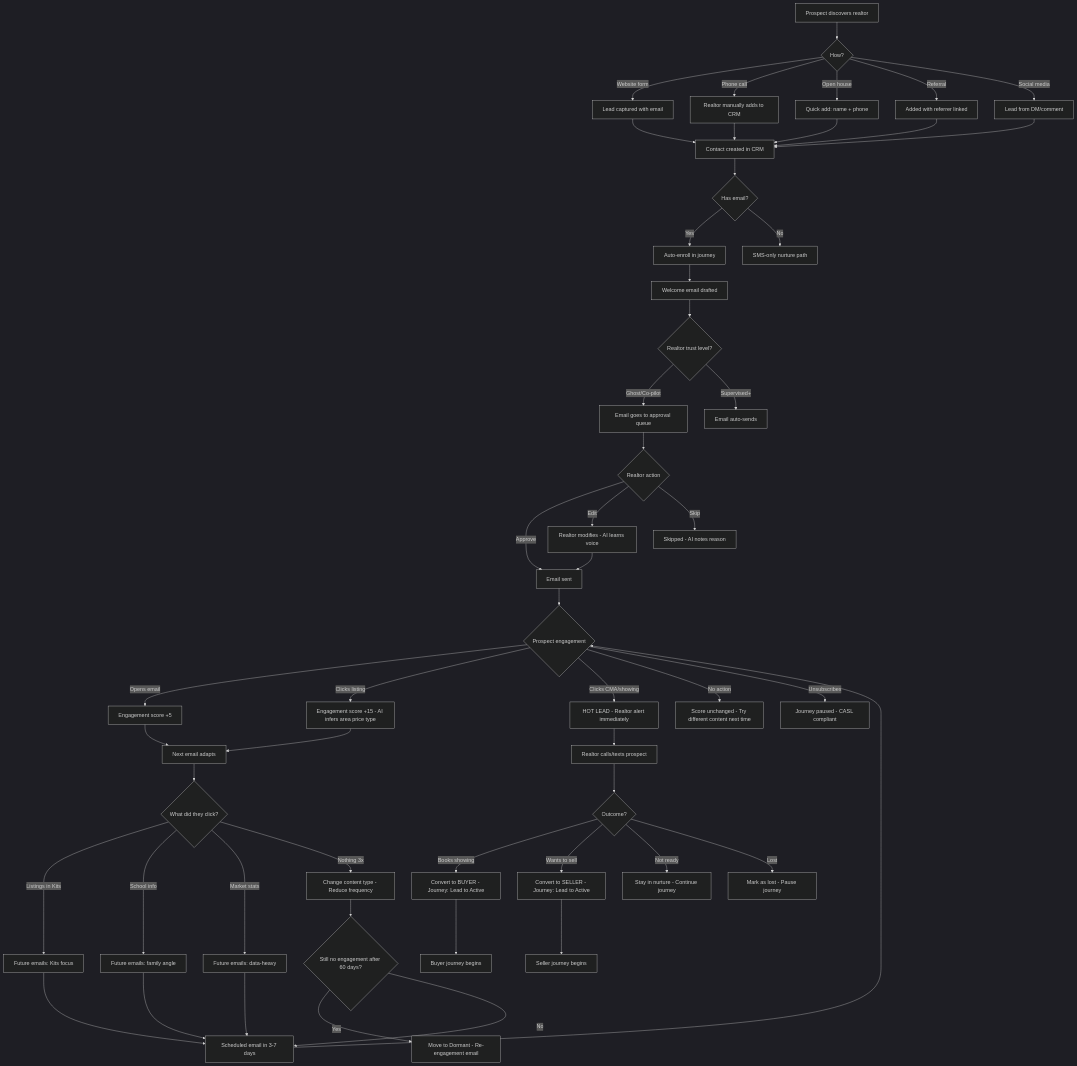
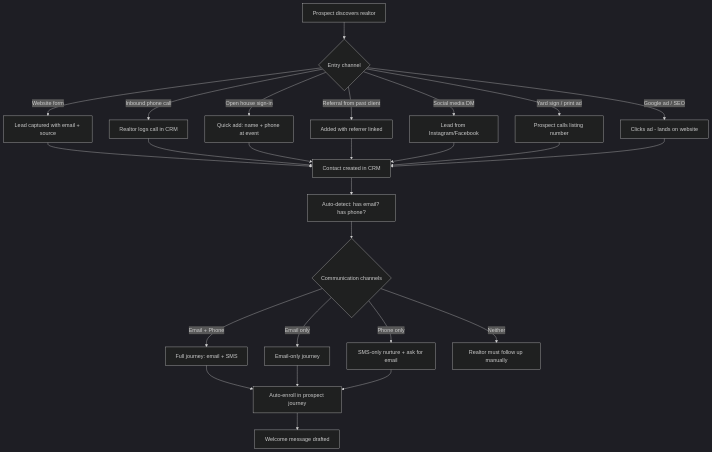
The first of 11 diagrams in docs/user-journeys.md (realtorcrmai/realtorai), drawn with Mermaid (dark theme) before and after one commit. The commit also changed other lines of this file, not shown here.

First line of the commit message:
docs: expand prospect journey with edge cases and click intelligence

````diff
--- a/docs/user-journeys.md
+++ b/docs/user-journeys.md
@@ -14,57 +16,23 @@
 ```mermaid
 flowchart TD
-    A[Prospect discovers realtor] --> B{How?}
-    B -->|Website form| C[Lead captured with email]
-    B -->|Phone call| D[Realtor manually adds to CRM]
-    B -->|Open house| E[Quick add: name + phone]
-    B -->|Referral| F[Added with referrer linked]
-    B -->|Social media| G[Lead from DM/comment]
+    A[Prospect discovers realtor] --> B{Entry channel}
+    B -->|Website form| C[Lead captured with email + source]
+    B -->|Inbound phone call| D[Realtor logs call in CRM]
+    B -->|Open house sign-in| E[Quick add: name + phone at event]
+    B -->|Referral from past client| F[Added with referrer linked]
+    B -->|Social media DM| G[Lead from Instagram/Facebook]
+    B -->|Yard sign / print ad| H[Prospect calls listing number]
+    B -->|Google ad / SEO| I[Clicks ad - lands on website]
 
-    C & D & E & F & G --> H[Contact created in CRM]
+    C & D & E & F & G & H & I --> J[Contact created in CRM]
 
-    H --> I{Has email?}
-    I -->|Yes| J[Auto-enroll in journey]
-    I -->|No| K[SMS-only nurture path]
+    J --> K[Auto-detect: has email? has phone?]
+    K --> L{Communication channels}
+    L -->|Email + Phone| M[Full journey: email + SMS]
+    L -->|Email only| N[Email-only journey]
+    L -->|Phone only| O[SMS-only nurture + ask for email]
+    L -->|Neither| P[Realtor must follow up manually]
 
-    J --> L[Welcome email drafted]
-    L --> M{Realtor trust level?}
-    M -->|Ghost/Co-pilot| N[Email goes to approval queue]
-    M -->|Supervised+| O[Email auto-sends]
-
-    N --> P{Realtor action}
-    P -->|Approve| Q[Email sent]
-    P -->|Edit| R[Realtor modifies - AI learns voice]
-    P -->|Skip| S[Skipped - AI notes reason]
-    R --> Q
-
-    Q --> T{Prospect engagement}
-    T -->|Opens email| U[Engagement score +5]
-    T -->|Clicks listing| V[Engagement score +15 - AI infers area price type]
-    T -->|Clicks CMA/showing| W[HOT LEAD - Realtor alert immediately]
-    T -->|No action| X[Score unchanged - Try different content next time]
-    T -->|Unsubscribes| Y[Journey paused - CASL compliant]
-
-    U & V --> Z[Next email adapts]
-    Z --> AA{What did they click?}
-    AA -->|Listings in Kits| AB[Future emails: Kits focus]
-    AA -->|School info| AC[Future emails: family angle]
-    AA -->|Market stats| AD[Future emails: data-heavy]
-    AA -->|Nothing 3x| AE[Change content type - Reduce frequency]
-
-    AB & AC & AD --> AF[Scheduled email in 3-7 days]
-    AF --> T
-
-    AE --> AG{Still no engagement after 60 days?}
-    AG -->|Yes| AH[Move to Dormant - Re-engagement email]
-    AG -->|No| AF
-
-    W --> AI[Realtor calls/texts prospect]
-    AI --> AJ{Outcome?}
-    AJ -->|Books showing| AK[Convert to BUYER - Journey: Lead to Active]
-    AJ -->|Wants to sell| AL[Convert to SELLER - Journey: Lead to Active]
-    AJ -->|Not ready| AM[Stay in nurture - Continue journey]
-    AJ -->|Lost| AN[Mark as lost - Pause journey]
-
-    AK --> AO[Buyer journey begins]
-    AL --> AP[Seller journey begins]
+    M & N & O --> Q[Auto-enroll in prospect journey]
+    Q --> R[Welcome message drafted]
 ```
````
